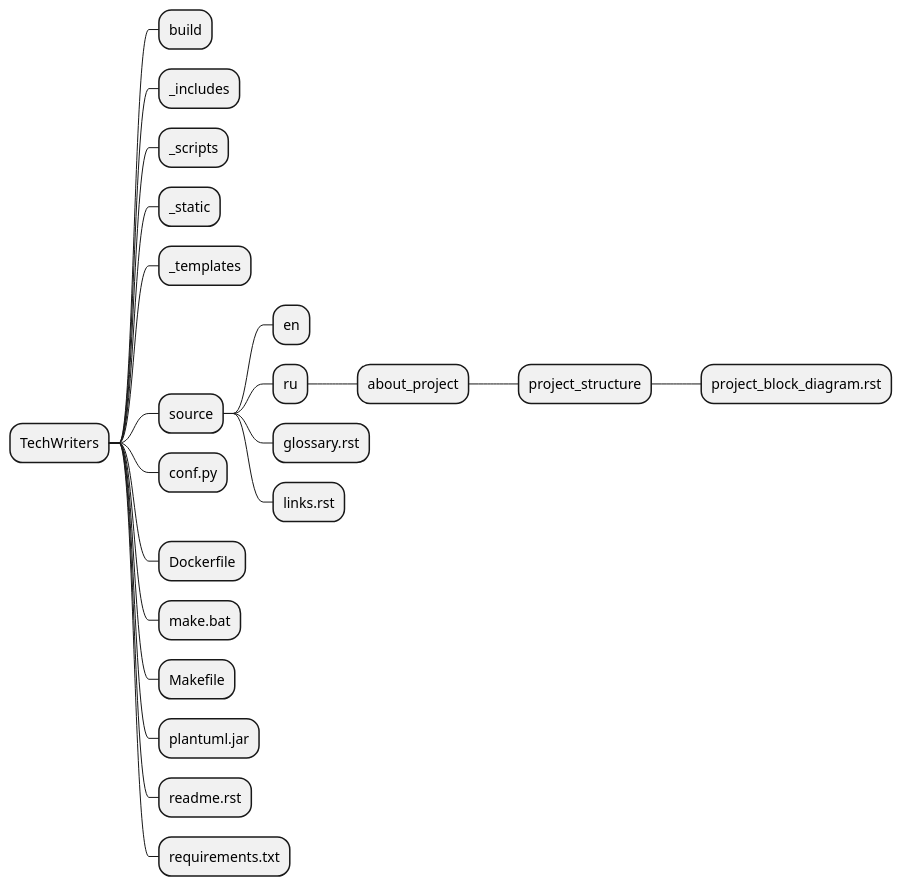
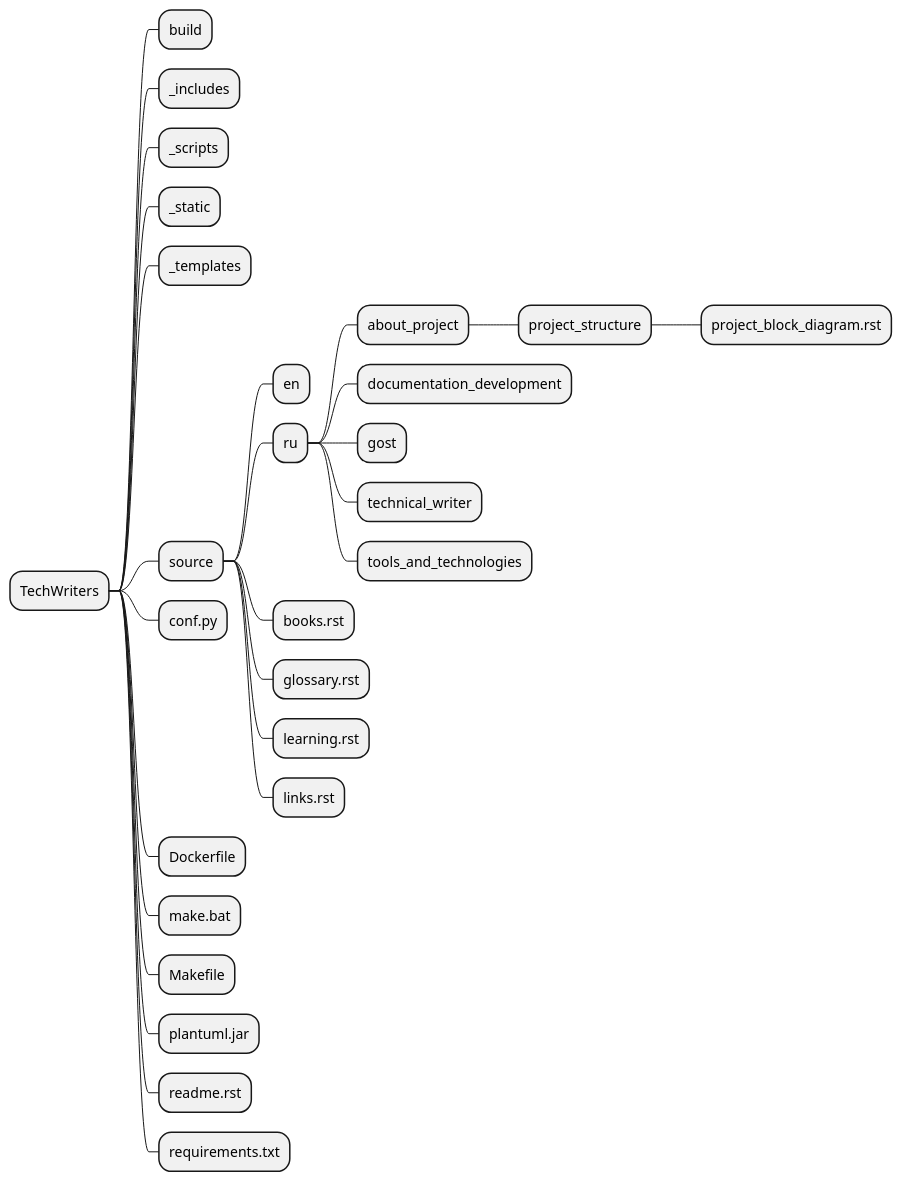
One commit to techwri/techwritersru changed the diagram in source/ru/about_project/project_structure/project_block_diagram.rst. Above: the diagram before and after it, drawn with PlantUML. The commit also changed 26 other files, not shown here.

```diff
--- a/source/ru/about_project/project_structure/project_block_diagram.rst
+++ b/source/ru/about_project/project_structure/project_block_diagram.rst
@@ -4,25 +4,31 @@
 .. uml::
 
     @startmindmap
     * TechWriters
     ** build
     ** _includes
     ** _scripts
     ** _static
     ** _templates
     ** source
     *** en
     *** ru
     **** about_project
     ***** project_structure
     ****** project_block_diagram.rst
+    **** documentation_development
+    **** gost
+    **** technical_writer
+    **** tools_and_technologies
+    *** books.rst
     *** glossary.rst
+    *** learning.rst
     *** links.rst
     ** conf.py
     ** Dockerfile
     ** make.bat
     ** Makefile
     ** plantuml.jar
     ** readme.rst
     ** requirements.txt
     @endmindmap
```
